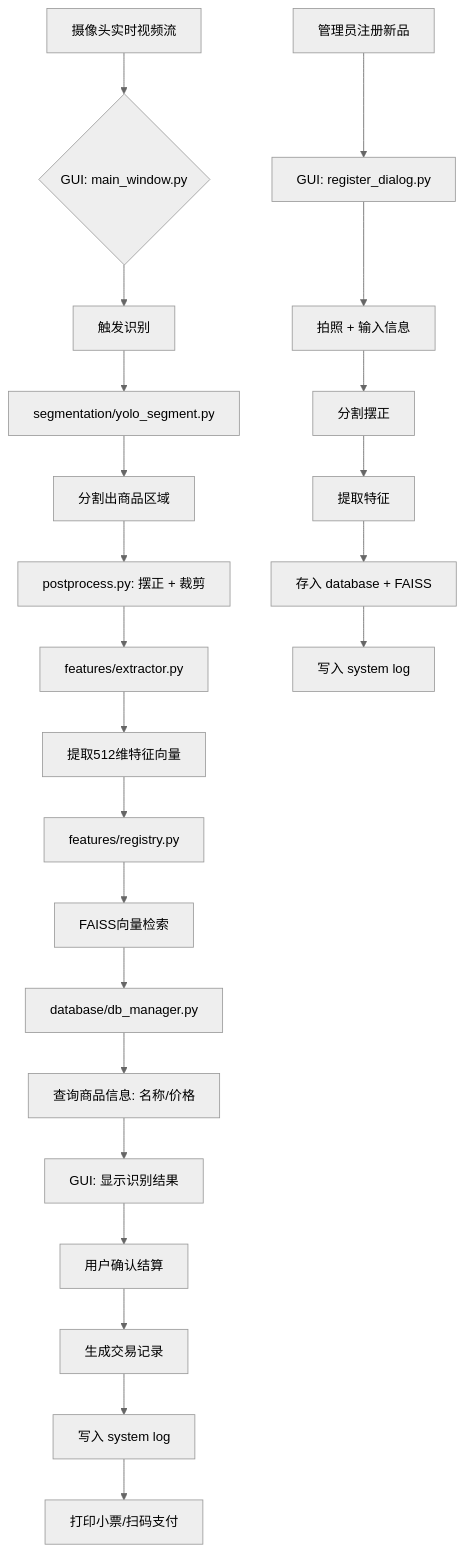
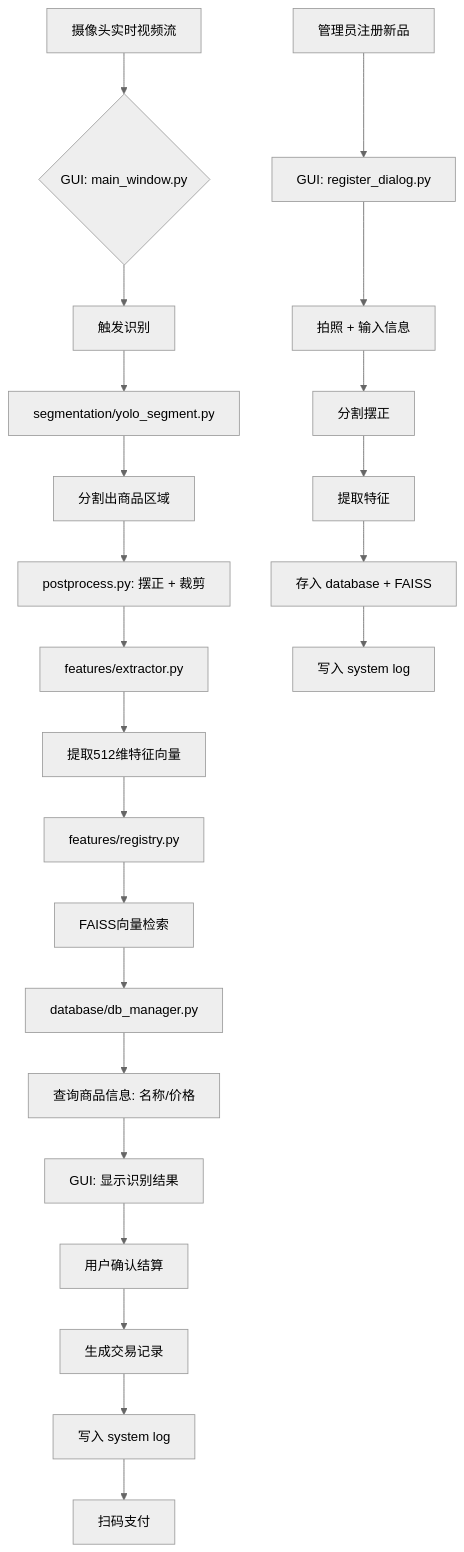
One commit to E6B3BD/Supermarketsettlement changed the diagram in README.md. Above: the diagram before and after it, drawn with Mermaid (neutral theme). The commit also changed other lines of this file and 3 other files, not shown here.

````diff
--- a/README.md
+++ b/README.md
@@ -313,27 +313,27 @@
 ```mermaid
 graph TD
     A[摄像头实时视频流] --> B{GUI: main_window.py}
     B --> C[触发识别]
     C --> D[segmentation/yolo_segment.py]
     D --> E[分割出商品区域]
     E --> F[postprocess.py: 摆正 + 裁剪]
     F --> G[features/extractor.py]
     G --> H[提取512维特征向量]
     H --> I[features/registry.py]
     I --> J[FAISS向量检索]
     J --> K[database/db_manager.py]
     K --> L[查询商品信息: 名称/价格]
     L --> M[GUI: 显示识别结果]
     M --> N[用户确认结算]
     N --> O[生成交易记录]
     O --> P[写入 system log]
-    P --> Q[打印小票/扫码支付]
+    P --> Q[扫码支付]
 
     R[管理员注册新品] --> S[GUI: register_dialog.py]
     S --> T[拍照 + 输入信息]
     T --> U[分割摆正]
     U --> V[提取特征]
     V --> W[存入 database + FAISS]
     W --> X[写入 system log]
 
 ```
````
